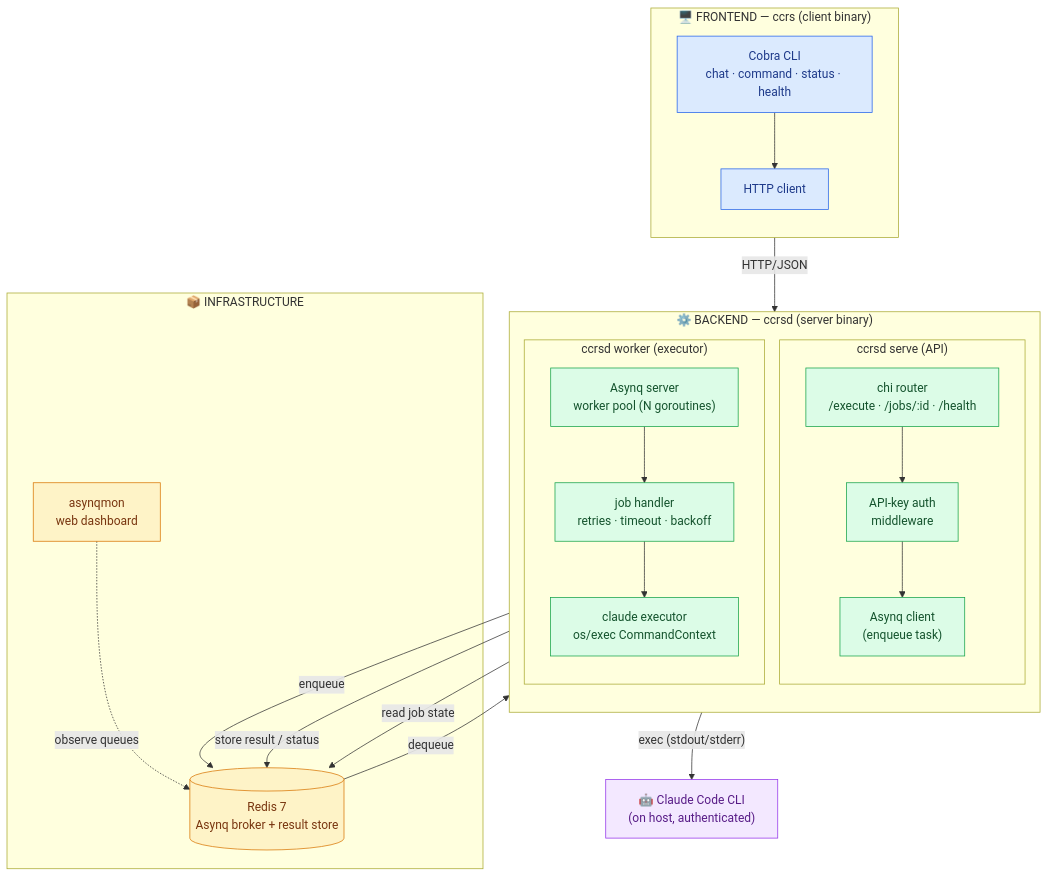
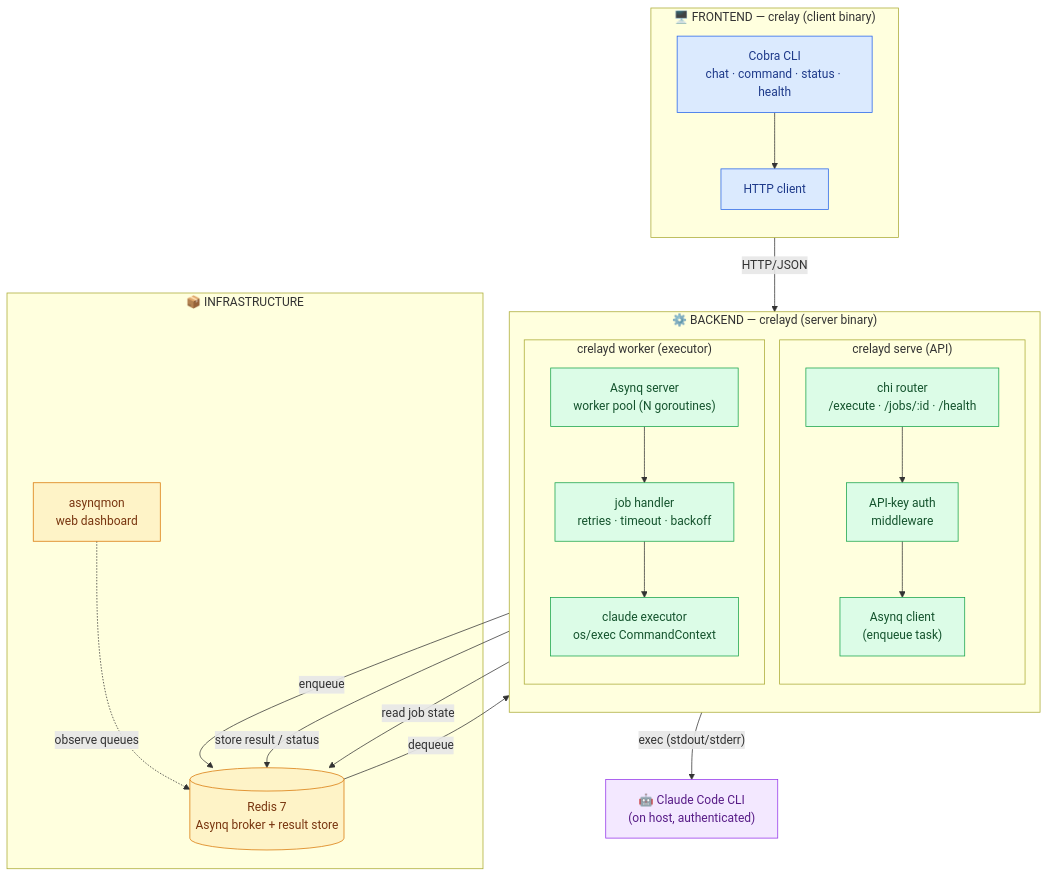
One commit to vedanta/ccrs changed the first of 3 diagrams in ARCHITECTURE-GO.md. Above: the diagram before and after it, drawn with Mermaid. The commit also changed other lines of this file, not shown here.

First line of the commit message:
Rename project CCRS -> crelay in architecture doc

````diff
--- a/ARCHITECTURE-GO.md
+++ b/ARCHITECTURE-GO.md
@@ -25,51 +36,51 @@
 ```mermaid
 flowchart TB
-    subgraph client["🖥️ FRONTEND — ccrs (client binary)"]
+    subgraph client["🖥️ FRONTEND — crelay (client binary)"]
         direction TB
         CLI["Cobra CLI<br/>chat · command · status · health"]
         HTTPC["HTTP client"]
         CLI --> HTTPC
     end
 
-    subgraph backend["⚙️ BACKEND — ccrsd (server binary)"]
+    subgraph backend["⚙️ BACKEND — crelayd (server binary)"]
         direction TB
 
-        subgraph api["ccrsd serve  (API)"]
+        subgraph api["crelayd serve  (API)"]
             ROUTER["chi router<br/>/execute · /jobs/:id · /health"]
             AUTH["API-key auth<br/>middleware"]
             ENQ["Asynq client<br/>(enqueue task)"]
             ROUTER --> AUTH --> ENQ
         end
 
-        subgraph wrk["ccrsd worker  (executor)"]
+        subgraph wrk["crelayd worker  (executor)"]
             SRV["Asynq server<br/>worker pool (N goroutines)"]
             HANDLER["job handler<br/>retries · timeout · backoff"]
             EXEC["claude executor<br/>os/exec CommandContext"]
             SRV --> HANDLER --> EXEC
         end
     end
 
     subgraph infra["📦 INFRASTRUCTURE"]
         REDIS[("Redis 7<br/>Asynq broker + result store")]
         MON["asynqmon<br/>web dashboard"]
     end
 
     CLAUDE["🤖 Claude Code CLI<br/>(on host, authenticated)"]
 
     HTTPC -- "HTTP/JSON" --> ROUTER
     ENQ -- "enqueue" --> REDIS
     REDIS -- "dequeue" --> SRV
     HANDLER -- "store result / status" --> REDIS
     ROUTER -- "read job state" --> REDIS
     EXEC -- "exec (stdout/stderr)" --> CLAUDE
     MON -. "observe queues" .-> REDIS
 
     classDef front fill:#dbeafe,stroke:#2563eb,color:#1e3a8a
     classDef back fill:#dcfce7,stroke:#16a34a,color:#14532d
     classDef store fill:#fef3c7,stroke:#d97706,color:#78350f
     classDef ext fill:#f3e8ff,stroke:#9333ea,color:#581c87
     class CLI,HTTPC front
     class ROUTER,AUTH,ENQ,SRV,HANDLER,EXEC back
     class REDIS,MON store
     class CLAUDE ext
 ```
````
